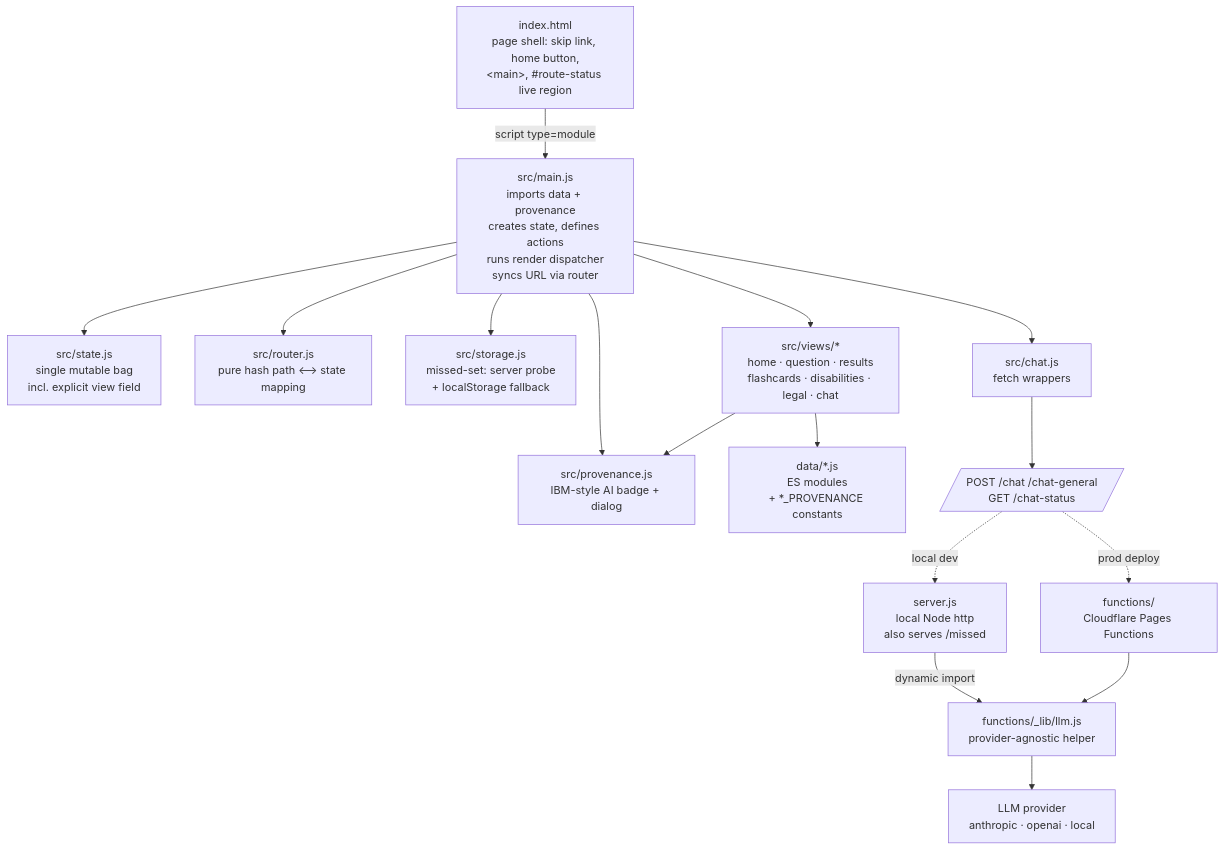
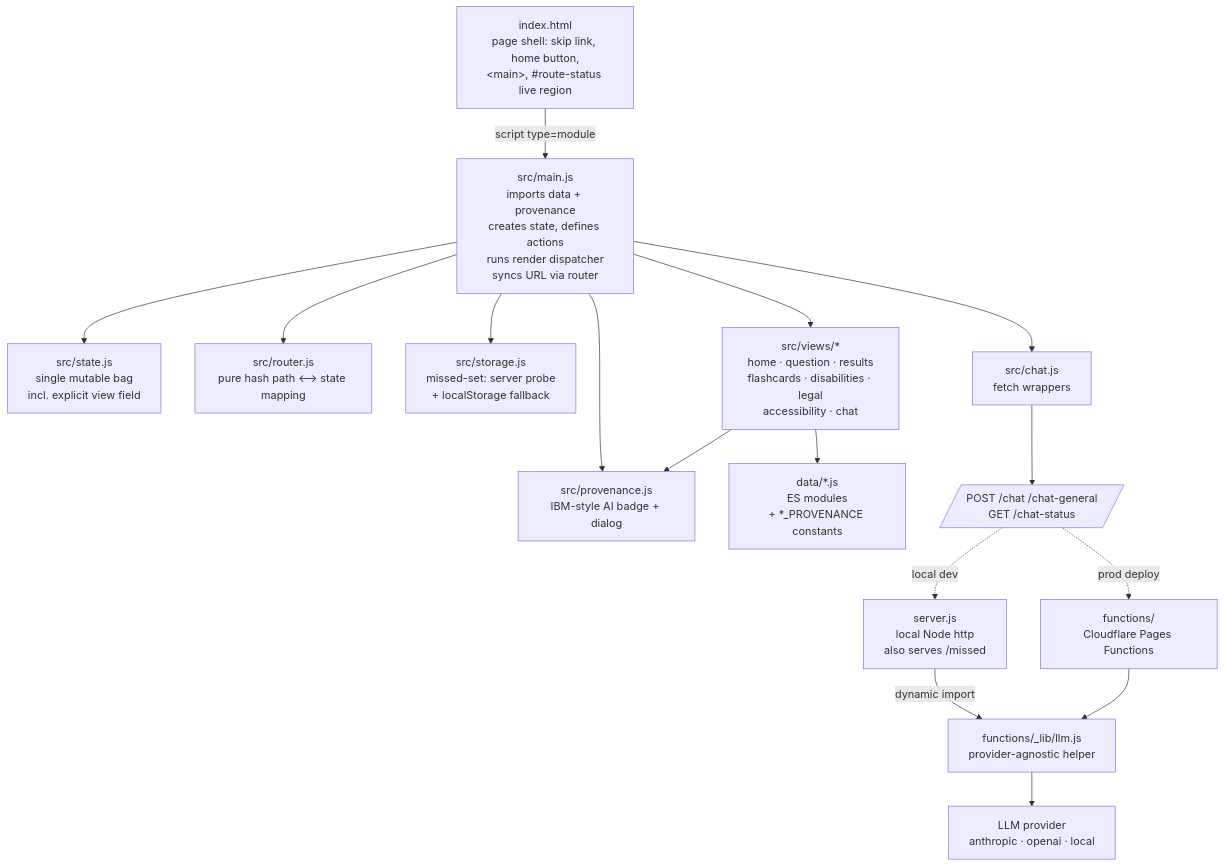
Before and after one commit to lucidsif/cpacc-exam-prep: the first of 4 diagrams in ARCHITECTURE.md, drawn with Mermaid. The commit also changed other lines of this file and 3 other files, not shown here.

````diff
--- a/ARCHITECTURE.md
+++ b/ARCHITECTURE.md
@@ -16,36 +16,36 @@
 ```mermaid
 graph TD
   accTitle: High-level architecture of the CPACC test-maker app
-  accDescr: index.html loads main.js which imports data and provenance, creates state, and runs a render dispatcher. The dispatcher delegates to one of seven view modules based on the explicit state.view field, then syncs the URL hash via the router module so browser Back and Forward work. Views read from a shared state object and never mutate it directly — they invoke actions defined in main.js. The chat endpoints are served either by a local Node server or by Cloudflare Pages Functions. Both call the same shared helper, functions/_lib/llm.js, which forwards the request to the configured LLM provider: Anthropic, OpenAI, or a local OpenAI-compatible model server.
+  accDescr: index.html loads main.js which imports data and provenance, creates state, and runs a render dispatcher. The dispatcher delegates to one of eight view modules based on the explicit state.view field, then syncs the URL hash via the router module so browser Back and Forward work. Views read from a shared state object and never mutate it directly — they invoke actions defined in main.js. The chat endpoints are served either by a local Node server or by Cloudflare Pages Functions. Both call the same shared helper, functions/_lib/llm.js, which forwards the request to the configured LLM provider: Anthropic, OpenAI, or a local OpenAI-compatible model server.
 
   H[index.html<br/>page shell: skip link, home button,<br/>&lt;main&gt;, #route-status live region]
   M[src/main.js<br/>imports data + provenance<br/>creates state, defines actions<br/>runs render dispatcher<br/>syncs URL via router]
   S[src/state.js<br/>single mutable bag<br/>incl. explicit view field]
   R[src/router.js<br/>pure hash path ⟷ state mapping]
   ST[src/storage.js<br/>missed-set: server probe<br/>+ localStorage fallback]
   P[src/provenance.js<br/>IBM-style AI badge + dialog]
-  V[src/views/*<br/>home · question · results<br/>flashcards · disabilities · legal · chat]
+  V[src/views/*<br/>home · question · results<br/>flashcards · disabilities · legal<br/>accessibility · chat]
   D[data/*.js<br/>ES modules<br/>+ *_PROVENANCE constants]
   CL[src/chat.js<br/>fetch wrappers]
   SRV[/POST /chat /chat-general<br/>GET /chat-status/]
   LN[server.js<br/>local Node http<br/>also serves /missed]
   CF[functions/<br/>Cloudflare Pages Functions]
   LLM[functions/_lib/llm.js<br/>provider-agnostic helper]
   A[LLM provider<br/>anthropic · openai · local]
 
   H -->|script type=module| M
   M --> S
   M --> R
   M --> ST
   M --> P
   M --> V
   M --> CL
   V --> D
   V --> P
   CL --> SRV
   SRV -.->|local dev| LN
   SRV -.->|prod deploy| CF
   LN -->|dynamic import| LLM
   CF --> LLM
   LLM --> A
 ```
````
